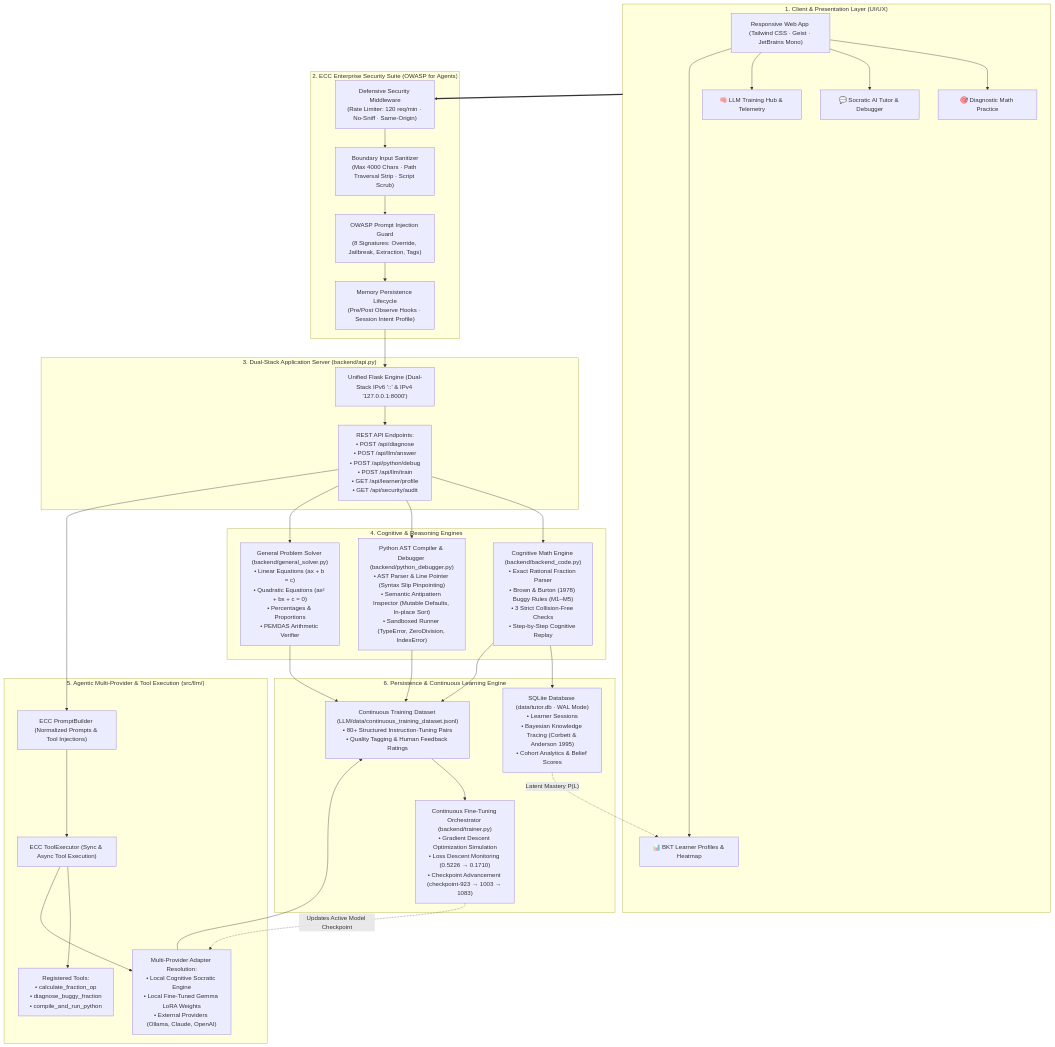
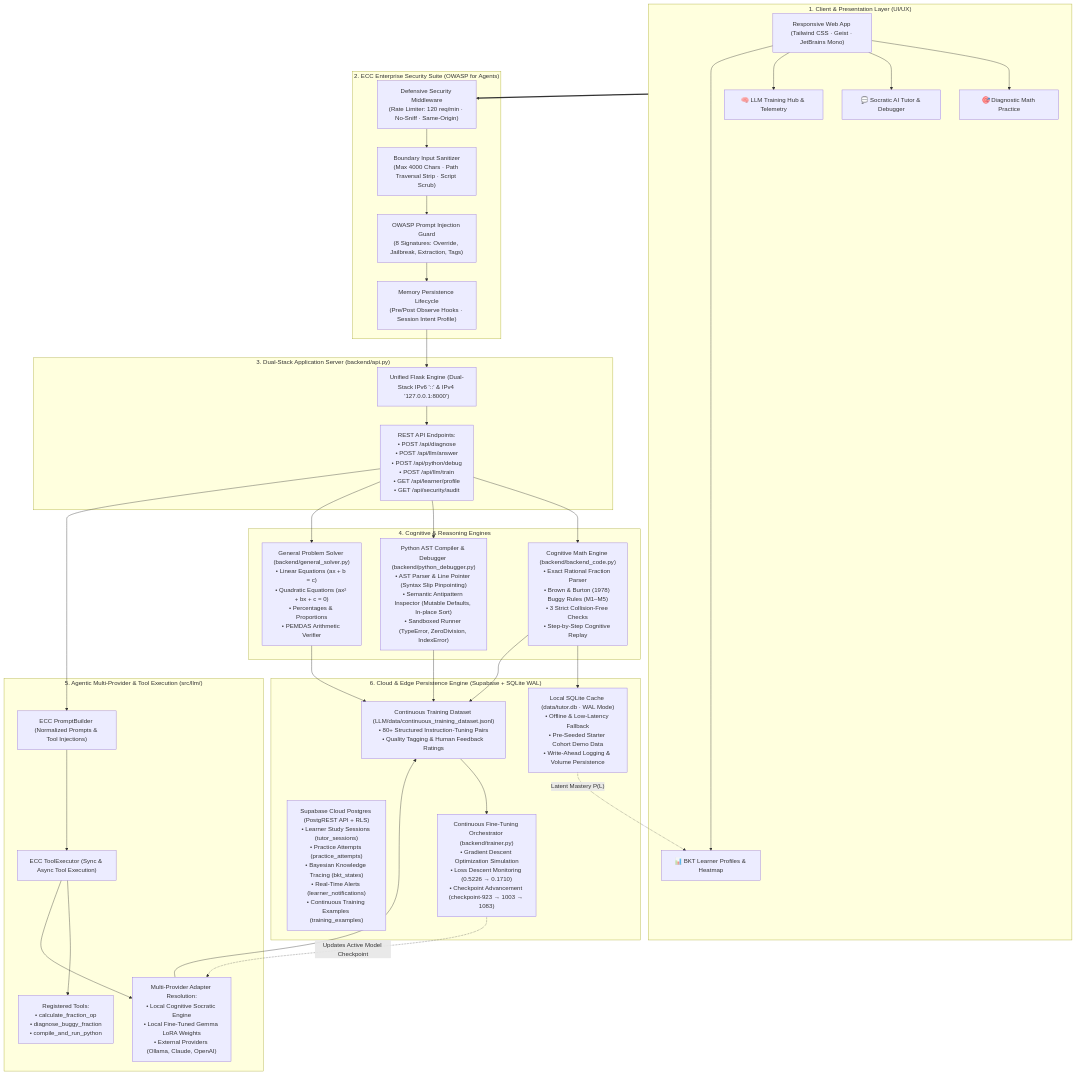
Before and after one commit to kunalsinghparmar13/Misconception-Tutor: the first of 2 diagrams in ARCHITECTURE.md, drawn with Mermaid. The commit also changed 6 other files, not shown here.

Commit message:
feat: update backend with Supabase cloud persistence, BKT sync, and RLS schema

````diff
--- a/ARCHITECTURE.md
+++ b/ARCHITECTURE.md
@@ -10,65 +10,66 @@
 ```mermaid
 flowchart TD
     subgraph ClientLayer ["1. Client & Presentation Layer (UI/UX)"]
         UI["Responsive Web App (Tailwind CSS · Geist · JetBrains Mono)"]
         View1["🎯 Diagnostic Math Practice"]
         View2["💬 Socratic AI Tutor & Debugger"]
         View3["🧠 LLM Training Hub & Telemetry"]
         View4["📊 BKT Learner Profiles & Heatmap"]
         UI --> View1 & View2 & View3 & View4
     end
 
     subgraph SecurityLayer ["2. ECC Enterprise Security Suite (OWASP for Agents)"]
         SecMiddleware["Defensive Security Middleware\n(Rate Limiter: 120 req/min · No-Sniff · Same-Origin)"]
         Sanitizer["Boundary Input Sanitizer\n(Max 4000 Chars · Path Traversal Strip · Script Scrub)"]
         PromptGuard["OWASP Prompt Injection Guard\n(8 Signatures: Override, Jailbreak, Extraction, Tags)"]
         MemLifecycle["Memory Persistence Lifecycle\n(Pre/Post Observe Hooks · Session Intent Profile)"]
     end
 
     subgraph GatewayLayer ["3. Dual-Stack Application Server (backend/api.py)"]
         Server["Unified Flask Engine (Dual-Stack IPv6 '::' & IPv4 '127.0.0.1:8000')"]
         Endpoints["REST API Endpoints:\n• POST /api/diagnose\n• POST /api/llm/answer\n• POST /api/python/debug\n• POST /api/llm/train\n• GET /api/learner/profile\n• GET /api/security/audit"]
     end
 
     subgraph CognitiveEngines ["4. Cognitive & Reasoning Engines"]
         MathEngine["Cognitive Math Engine (backend/backend_code.py)\n• Exact Rational Fraction Parser\n• Brown & Burton (1978) Buggy Rules (M1–M5)\n• 3 Strict Collision-Free Checks\n• Step-by-Step Cognitive Replay"]
         PythonDebugger["Python AST Compiler & Debugger (backend/python_debugger.py)\n• AST Parser & Line Pointer (Syntax Slip Pinpointing)\n• Semantic Antipattern Inspector (Mutable Defaults, In-place Sort)\n• Sandboxed Runner (TypeError, ZeroDivision, IndexError)"]
         GeneralSolver["General Problem Solver (backend/general_solver.py)\n• Linear Equations (ax + b = c)\n• Quadratic Equations (ax² + bx + c = 0)\n• Percentages & Proportions\n• PEMDAS Arithmetic Verifier"]
     end
 
     subgraph ToolHarness ["5. Agentic Multi-Provider & Tool Execution (src/llm/)"]
         PromptBuilder["ECC PromptBuilder (Normalized Prompts & Tool Injections)"]
         ToolExec["ECC ToolExecutor (Sync & Async Tool Execution)"]
         Tools["Registered Tools:\n• calculate_fraction_op\n• diagnose_buggy_fraction\n• compile_and_run_python"]
         Providers["Multi-Provider Adapter Resolution:\n• Local Cognitive Socratic Engine\n• Local Fine-Tuned Gemma LoRA Weights\n• External Providers (Ollama, Claude, OpenAI)"]
         ToolExec --> Tools
     end
 
-    subgraph StorageLayer ["6. Persistence & Continuous Learning Engine"]
-        SQLite["SQLite Database (data/tutor.db · WAL Mode)\n• Learner Sessions\n• Bayesian Knowledge Tracing (Corbett & Anderson 1995)\n• Cohort Analytics & Belief Scores"]
+    subgraph StorageLayer ["6. Cloud & Edge Persistence Engine (Supabase + SQLite WAL)"]
+        Supabase["Supabase Cloud Postgres (PostgREST API + RLS)\n• Learner Study Sessions (tutor_sessions)\n• Practice Attempts (practice_attempts)\n• Bayesian Knowledge Tracing (bkt_states)\n• Real-Time Alerts (learner_notifications)\n• Continuous Training Examples (training_examples)"]
+        SQLite["Local SQLite Cache (data/tutor.db · WAL Mode)\n• Offline & Low-Latency Fallback\n• Pre-Seeded Starter Cohort Demo Data\n• Write-Ahead Logging & Volume Persistence"]
         Dataset["Continuous Training Dataset (LLM/data/continuous_training_dataset.jsonl)\n• 80+ Structured Instruction-Tuning Pairs\n• Quality Tagging & Human Feedback Ratings"]
         Trainer["Continuous Fine-Tuning Orchestrator (backend/trainer.py)\n• Gradient Descent Optimization Simulation\n• Loss Descent Monitoring (0.5226 → 0.1710)\n• Checkpoint Advancement (checkpoint-923 → 1003 → 1083)"]
     end
 
     %% Data Connections
     ClientLayer ==> SecMiddleware
     SecMiddleware --> Sanitizer --> PromptGuard --> MemLifecycle --> Server
     Server --> Endpoints
 
     Endpoints --> MathEngine
     Endpoints --> PythonDebugger
     Endpoints --> GeneralSolver
     Endpoints --> PromptBuilder
 
     PromptBuilder --> ToolExec --> Providers
 
     MathEngine --> SQLite
     MathEngine --> Dataset
     PythonDebugger --> Dataset
     GeneralSolver --> Dataset
     Providers --> Dataset
 
     Dataset --> Trainer
     Trainer -.->|"Updates Active Model Checkpoint"| Providers
     SQLite -.->|"Latent Mastery P(L)"| View4
 ```
````
